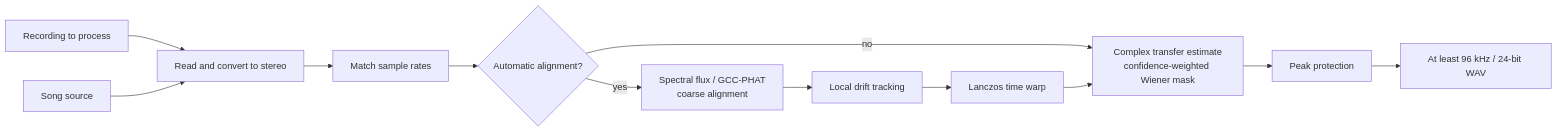
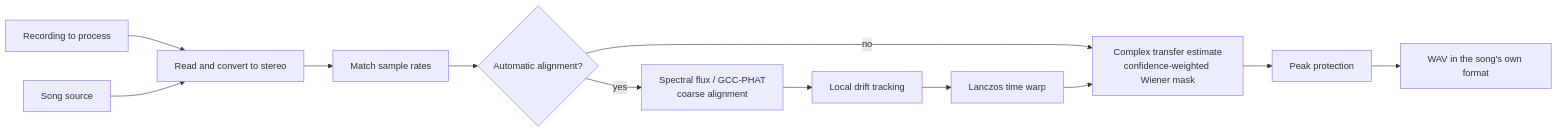
The diagram in docs/en/reference-removal.md (ChouChiu/Purivox), drawn with Mermaid before and after one commit. The commit also changed other lines of this file and 30 other files, not shown here.

````diff
--- a/docs/en/reference-removal.md
+++ b/docs/en/reference-removal.md
@@ -64,14 +64,14 @@
 ```mermaid
 flowchart LR
     mix["Recording to process"] --> read["Read and convert to stereo"]
     ref["Song source"] --> read
     read --> rate["Match sample rates"]
     rate --> enabled{"Automatic alignment?"}
     enabled -->|yes| coarse["Spectral flux / GCC-PHAT<br/>coarse alignment"]
     coarse --> drift["Local drift tracking"]
     drift --> warp["Lanczos time warp"]
     enabled -->|no| mask["Complex transfer estimate<br/>confidence-weighted Wiener mask"]
     warp --> mask
     mask --> protect["Peak protection"]
-    protect --> output["At least 96 kHz / 24-bit WAV"]
+    protect --> output["WAV in the song's own format"]
 ```
````
